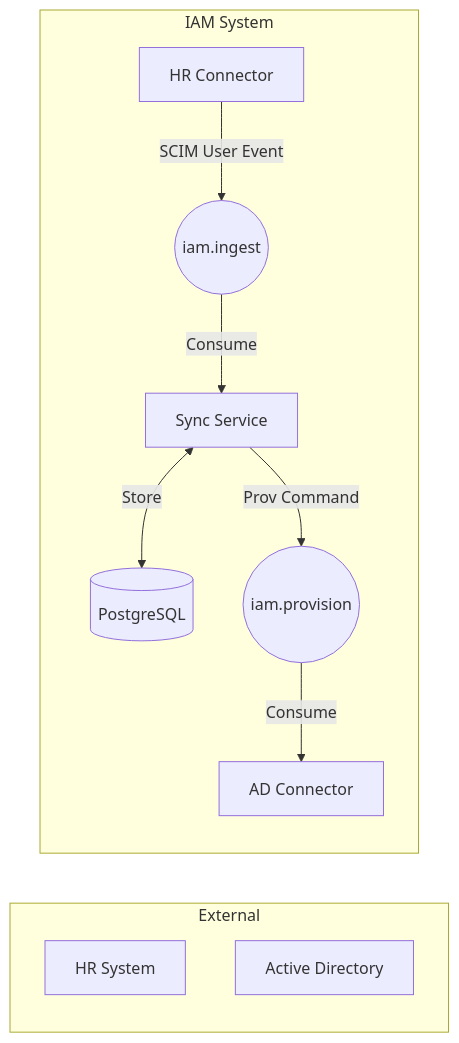
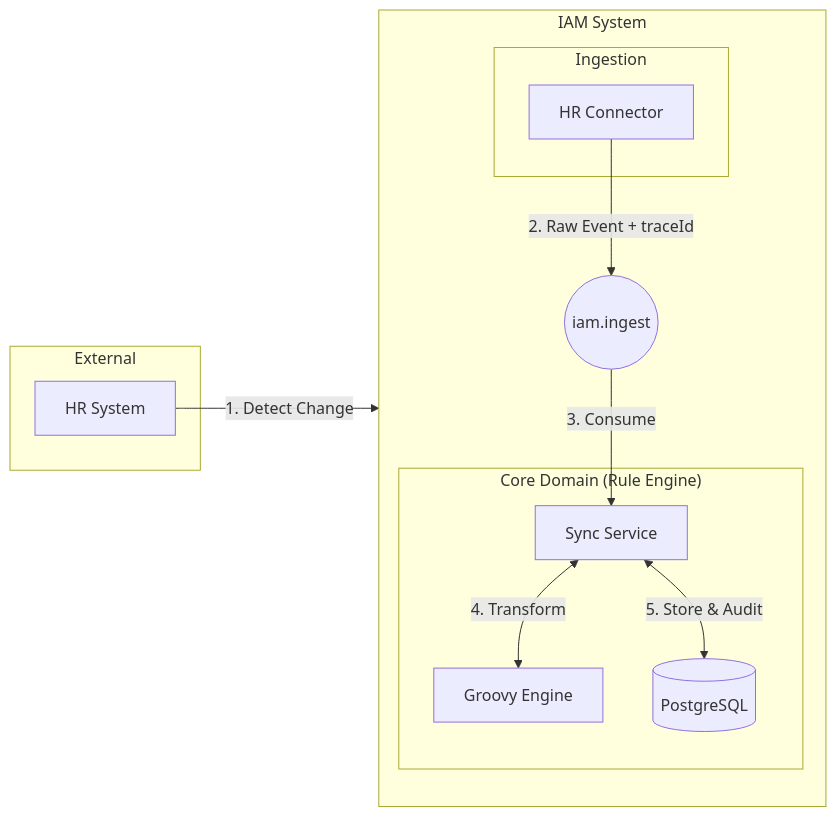
One commit to mulmer663/iam-mvp changed the diagram in spec.md. Above: the diagram before and after it, drawn with Mermaid. The commit also changed other lines of this file and 51 other files, not shown here.

Commit message:
feat: Implement initial HR connector with user synchronization, data transformation, and rule engine capabilities.

````diff
--- a/spec.md
+++ b/spec.md
@@ -12,16 +21,27 @@
 ```mermaid
 graph LR
     subgraph "External"
         HR[HR System]
-        AD[Active Directory]
     end
 
     subgraph "IAM System"
         direction TB
-        HRC[HR Connector] -->|SCIM User Event| MQ1((iam.ingest))
-        MQ1 -->|Consume| Logic[Sync Service]
-        Logic <-->|Store| DB[(PostgreSQL)]
-        Logic -->|Prov Command| MQ2((iam.provision))
-        MQ2 -->|Consume| ADC[AD Connector]
+        subgraph "Ingestion"
+            HRC[HR Connector]
+        end
+        
+        MQ1((iam.ingest))
+        
+        subgraph "Core Domain (Rule Engine)"
+            Logic[Sync Service]
+            Rule[Groovy Engine]
+            DB[(PostgreSQL)]
+        end
     end
+
+    HR -->|1. Detect Change| HRC
+    HRC -->|2. Raw Event + traceId| MQ1
+    MQ1 -->|3. Consume| Logic
+    Logic <-->|4. Transform| Rule
+    Logic <-->|5. Store & Audit| DB
 ```
````
